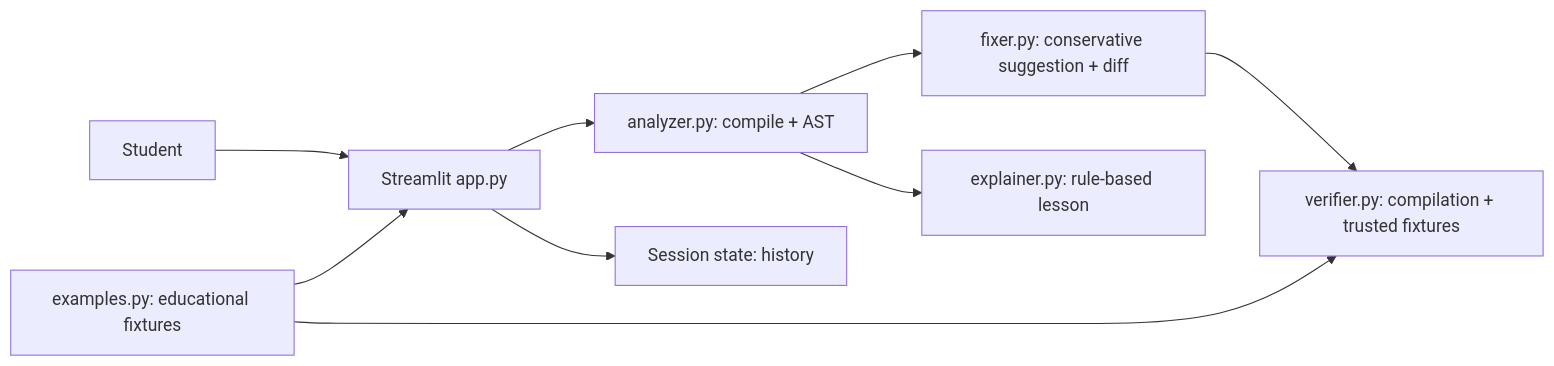
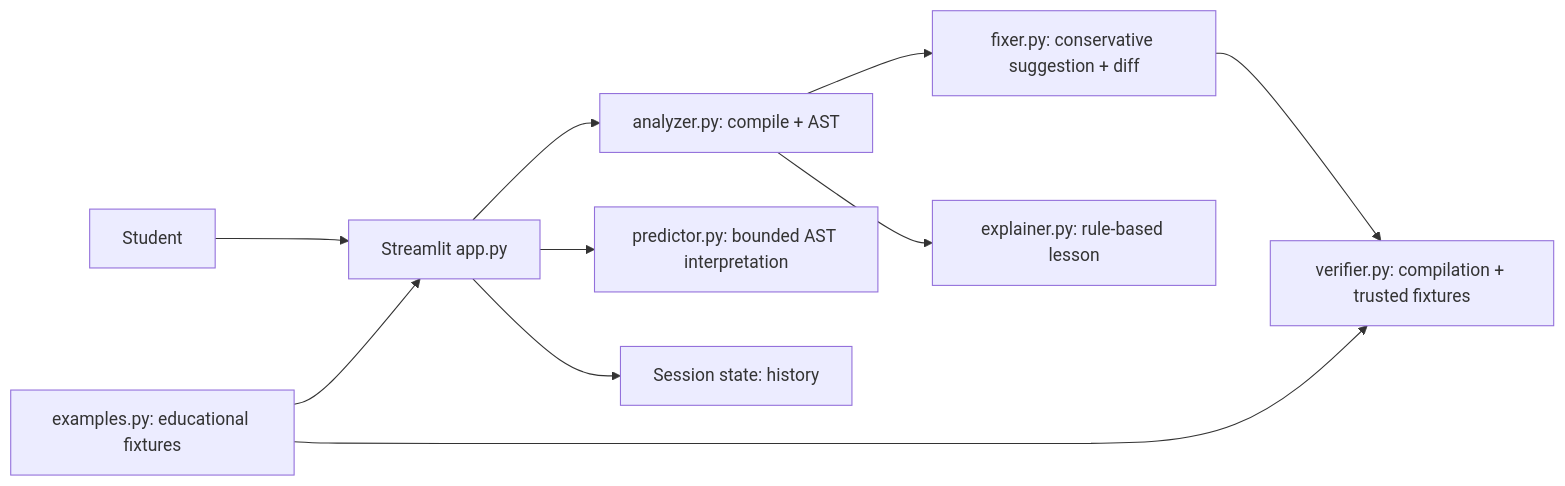
Before and after one commit to yogeshprofessional4518-ai/bugwise-ai: the diagram in README.md, drawn with Mermaid. The commit also changed other lines of this file and 9 other files, not shown here.

````diff
--- a/README.md
+++ b/README.md
@@ -31,11 +37,12 @@
 ```mermaid
 flowchart LR
     U[Student] --> UI[Streamlit app.py]
     UI --> A[analyzer.py: compile + AST]
+    UI --> P[predictor.py: bounded AST interpretation]
     A --> F[fixer.py: conservative suggestion + diff]
     A --> E[explainer.py: rule-based lesson]
     F --> V[verifier.py: compilation + trusted fixtures]
     X[examples.py: educational fixtures] --> UI
     X --> V
     UI --> H[Session state: history]
 ```
````
